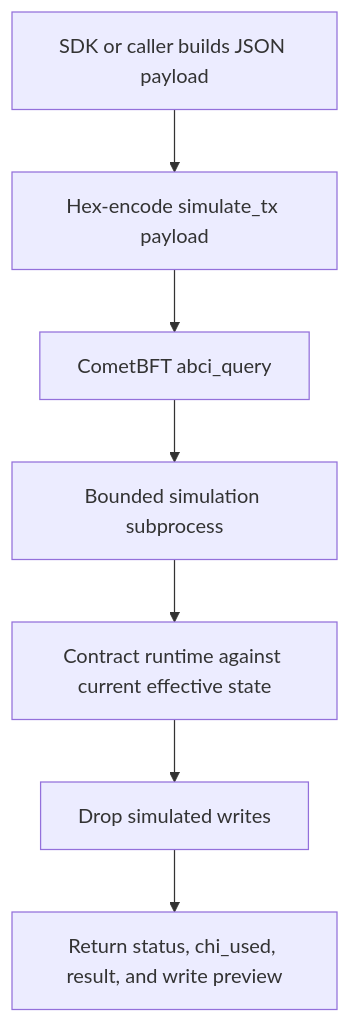
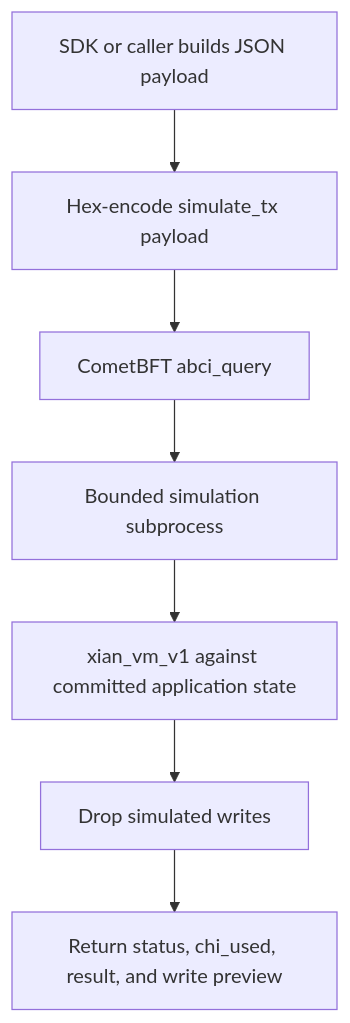
The diagram in api/dry-runs.md (xian-technology/xian-docs-web), drawn with Mermaid before and after one commit. The commit also changed other lines of this file and 28 other files, not shown here.

````diff
--- a/api/dry-runs.md
+++ b/api/dry-runs.md
@@ -27,17 +27,17 @@
 ```mermaid
 flowchart TD
   SDK["SDK or caller builds JSON payload"]
   Encode["Hex-encode simulate_tx payload"]
   Query["CometBFT abci_query"]
   Worker["Bounded simulation subprocess"]
-  Runtime["Contract runtime against current effective state"]
+  Runtime["xian_vm_v1 against committed application state"]
   Drop["Drop simulated writes"]
   Result["Return status, chi_used, result, and write preview"]
 
   SDK --> Encode
   Encode --> Query
   Query --> Worker
   Worker --> Runtime
   Runtime --> Drop
   Drop --> Result
 ```
````
